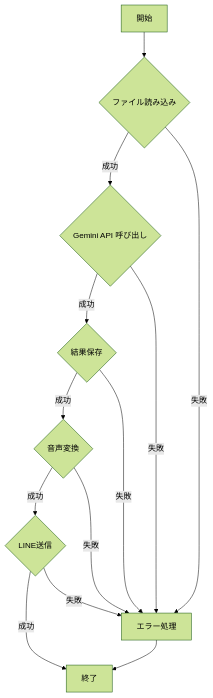
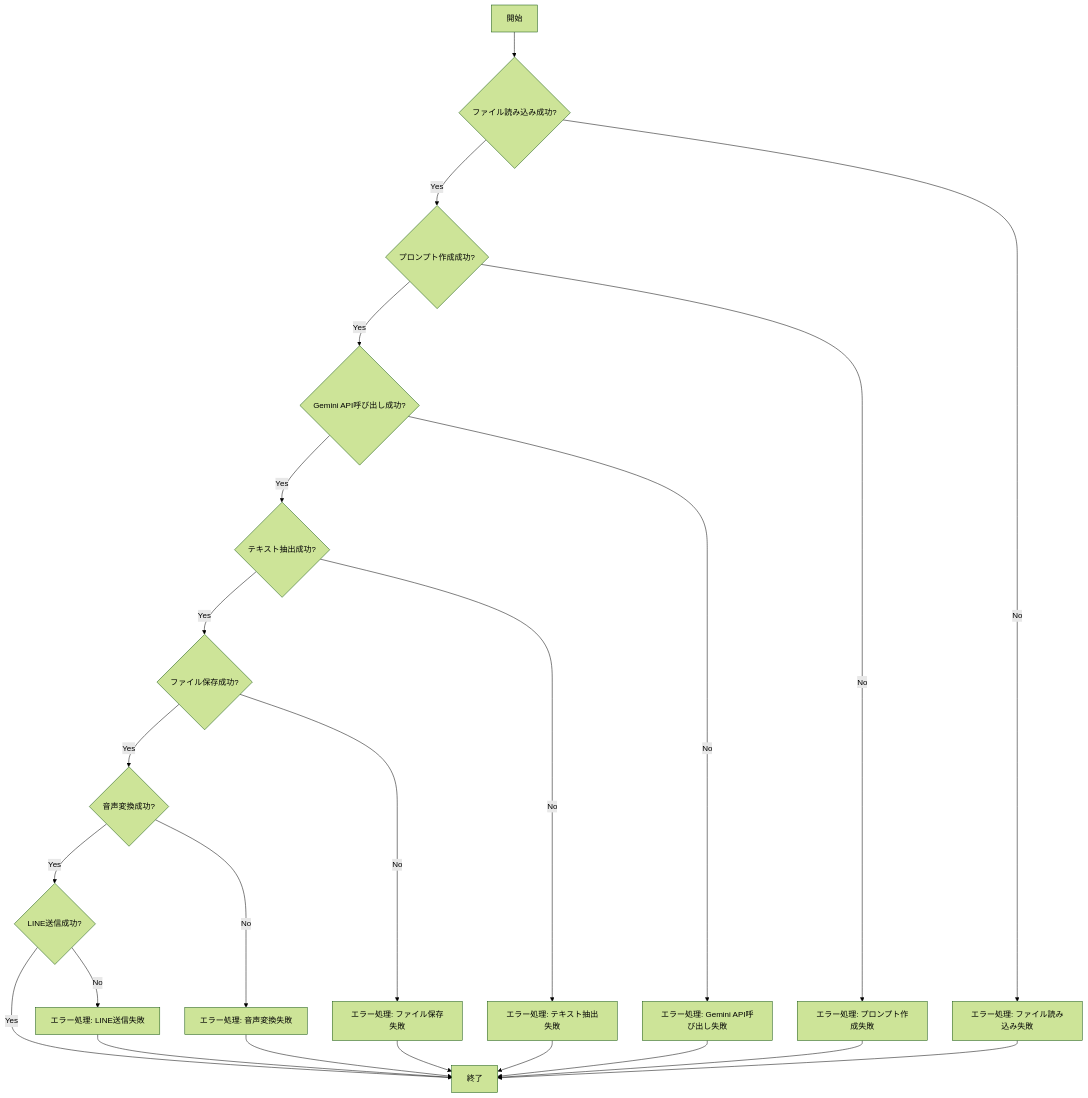
One commit to hgssnk/turing-soul changed the third of 3 diagrams in README.md. Above: the diagram before and after it, drawn with Mermaid (forest theme). The commit also changed other lines of this file, not shown here.

Commit message:
chore: update README from Gemini

````diff
--- a/README.md
+++ b/README.md
@@ -61,15 +104,25 @@
 ```mermaid
 graph TD
-    A[開始] --> B{ファイル読み込み};
-    B -- 成功 --> C{Gemini API 呼び出し};
-    B -- 失敗 --> E[エラー処理];
-    C -- 成功 --> D{結果保存};
-    C -- 失敗 --> E;
-    D -- 成功 --> F{音声変換};
-    D -- 失敗 --> E;
-    F -- 成功 --> G{LINE送信};
-    F -- 失敗 --> E;
-    G -- 成功 --> H[終了];
-    G -- 失敗 --> E;
-    E --> H;
+    A[開始] --> B{ファイル読み込み成功?}
+    B -- Yes --> C{プロンプト作成成功?}
+    B -- No --> E[エラー処理: ファイル読み込み失敗]
+    C -- Yes --> D{Gemini API呼び出し成功?}
+    C -- No --> F[エラー処理: プロンプト作成失敗]
+    D -- Yes --> G{テキスト抽出成功?}
+    D -- No --> H[エラー処理: Gemini API呼び出し失敗]
+    G -- Yes --> I{ファイル保存成功?}
+    G -- No --> K[エラー処理: テキスト抽出失敗]
+    I -- Yes --> J{音声変換成功?}
+    I -- No --> L[エラー処理: ファイル保存失敗]
+    J -- Yes --> M{LINE送信成功?}
+    J -- No --> N[エラー処理: 音声変換失敗]
+    M -- Yes --> O[終了]
+    M -- No --> P[エラー処理: LINE送信失敗]
+    E --> O
+    F --> O
+    H --> O
+    K --> O
+    L --> O
+    N --> O
+    P --> O
 ```
````
